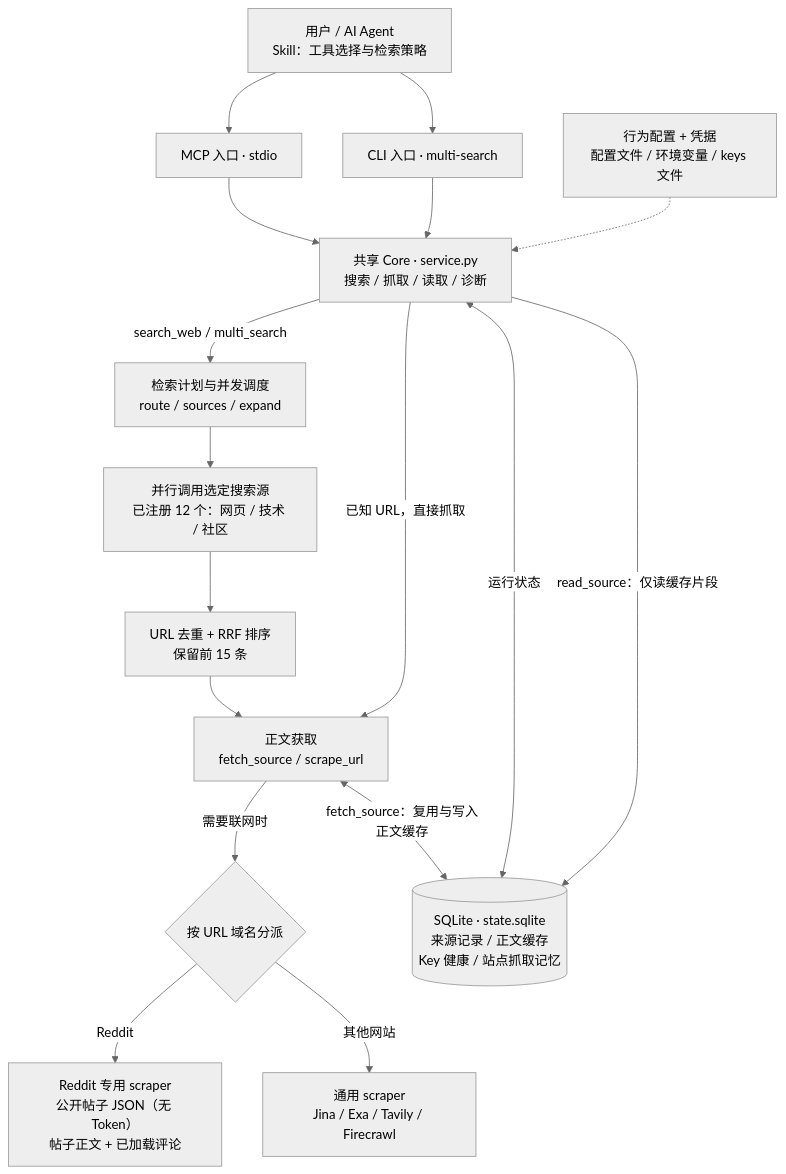
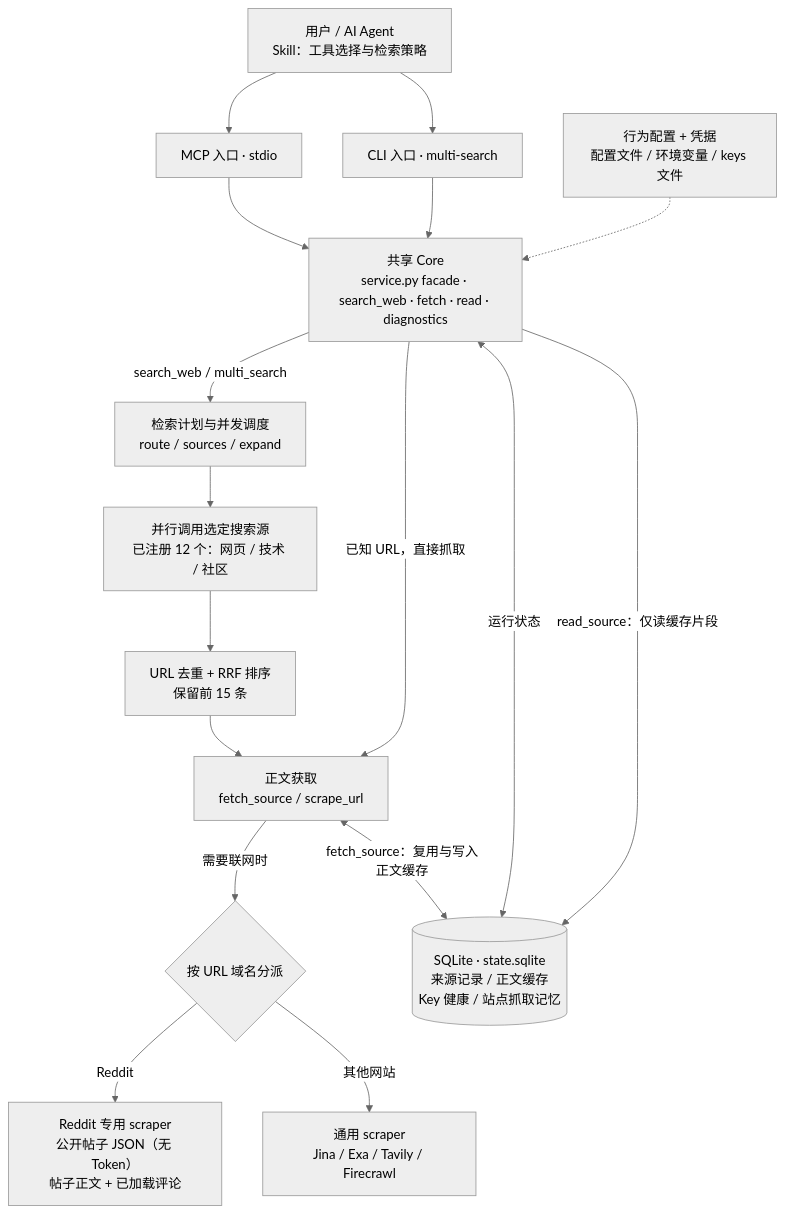
One commit to inorilzy/multi-search-skill changed the diagram in docs/architecture-simple.md. Above: the diagram before and after it, drawn with Mermaid (neutral theme). The commit also changed other lines of this file and 50 other files, not shown here.

Commit message:
refactor: split core service into focused modules

````diff
--- a/docs/architecture-simple.md
+++ b/docs/architecture-simple.md
@@ -7,24 +7,24 @@
 ```mermaid
 flowchart TB
     A["用户 / AI Agent<br/>Skill：工具选择与检索策略"]
     A --> M["MCP 入口 · stdio"]
     A --> L["CLI 入口 · multi-search"]
-    M --> C["共享 Core · service.py<br/>搜索 / 抓取 / 读取 / 诊断"]
+    M --> C["共享 Core<br/>service.py facade · search_web · fetch · read · diagnostics"]
     L --> C
 
     CFG["行为配置 + 凭据<br/>配置文件 / 环境变量 / keys 文件"] -.-> C
     C -->|search_web / multi_search| S["检索计划与并发调度<br/>route / sources / expand"]
     S --> P["并行调用选定搜索源<br/>已注册 12 个：网页 / 技术 / 社区"]
     P --> R["URL 去重 + RRF 排序<br/>保留前 15 条"]
     R --> F["正文获取<br/>fetch_source / scrape_url"]
     C -->|已知 URL，直接抓取| F
 
     F -->|需要联网时| D{"按 URL 域名分派"}
     D -->|Reddit| RE["Reddit 专用 scraper<br/>公开帖子 JSON（无 Token）<br/>帖子正文 + 已加载评论"]
     D -->|其他网站| G["通用 scraper<br/>Jina / Exa / Tavily / Firecrawl"]
 
     DB[("SQLite · state.sqlite<br/>来源记录 / 正文缓存<br/>Key 健康 / 站点抓取记忆")]
     C <-->|运行状态| DB
     C -->|read_source：仅读缓存片段| DB
     F <-->|fetch_source：复用与写入正文缓存| DB
 ```
````
